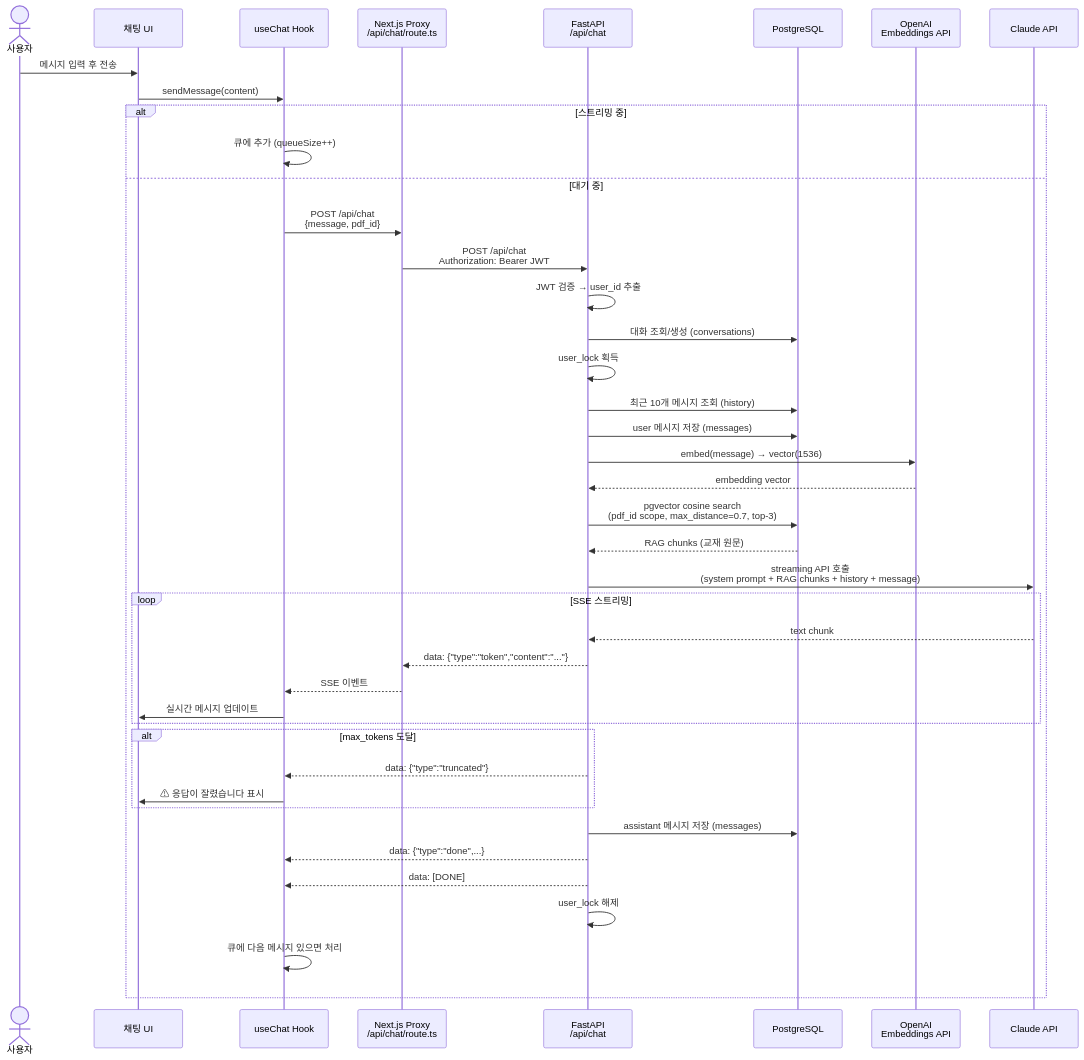
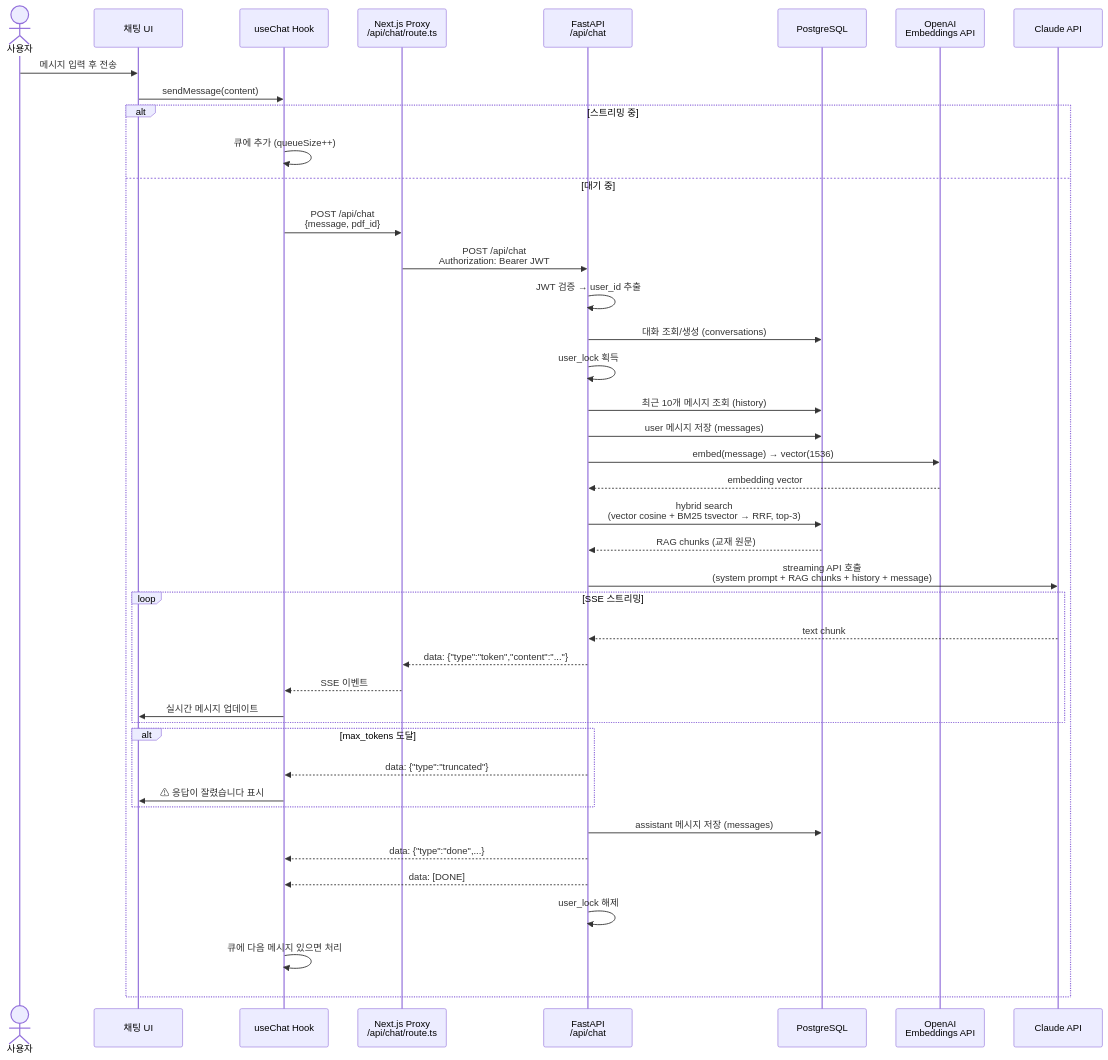
One commit to JayKim88/lingua-rag changed the third of 4 diagrams in README.md. Above: the diagram before and after it, drawn with Mermaid. The commit also changed other lines of this file and 20 other files, not shown here.

````diff
--- a/README.md
+++ b/README.md
@@ -150,52 +164,52 @@
 ```mermaid
 sequenceDiagram
     actor User as 사용자
     participant UI as 채팅 UI
     participant Hook as useChat Hook
     participant Proxy as Next.js Proxy<br/>/api/chat/route.ts
     participant API as FastAPI<br/>/api/chat
     participant DB as PostgreSQL
     participant OAI as OpenAI<br/>Embeddings API
     participant LLM as Claude API
 
     User->>UI: 메시지 입력 후 전송
     UI->>Hook: sendMessage(content)
 
     alt 스트리밍 중
         Hook->>Hook: 큐에 추가 (queueSize++)
     else 대기 중
         Hook->>Proxy: POST /api/chat<br/>{message, pdf_id}
         Proxy->>API: POST /api/chat<br/>Authorization: Bearer JWT
         API->>API: JWT 검증 → user_id 추출
         API->>DB: 대화 조회/생성 (conversations)
         API->>API: user_lock 획득
         API->>DB: 최근 10개 메시지 조회 (history)
         API->>DB: user 메시지 저장 (messages)
 
         API->>OAI: embed(message) → vector(1536)
         OAI-->>API: embedding vector
-        API->>DB: pgvector cosine search<br/>(pdf_id scope, max_distance=0.7, top-3)
+        API->>DB: hybrid search<br/>(vector cosine + BM25 tsvector → RRF, top-3)
         DB-->>API: RAG chunks (교재 원문)
 
         API->>LLM: streaming API 호출<br/>(system prompt + RAG chunks + history + message)
 
         loop SSE 스트리밍
             LLM-->>API: text chunk
             API-->>Proxy: data: {"type":"token","content":"..."}
             Proxy-->>Hook: SSE 이벤트
             Hook->>UI: 실시간 메시지 업데이트
         end
 
         alt max_tokens 도달
             API-->>Hook: data: {"type":"truncated"}
             Hook->>UI: ⚠ 응답이 잘렸습니다 표시
         end
 
         API->>DB: assistant 메시지 저장 (messages)
         API-->>Hook: data: {"type":"done",...}
         API-->>Hook: data: [DONE]
         API->>API: user_lock 해제
 
         Hook->>Hook: 큐에 다음 메시지 있으면 처리
     end
 ```
````
